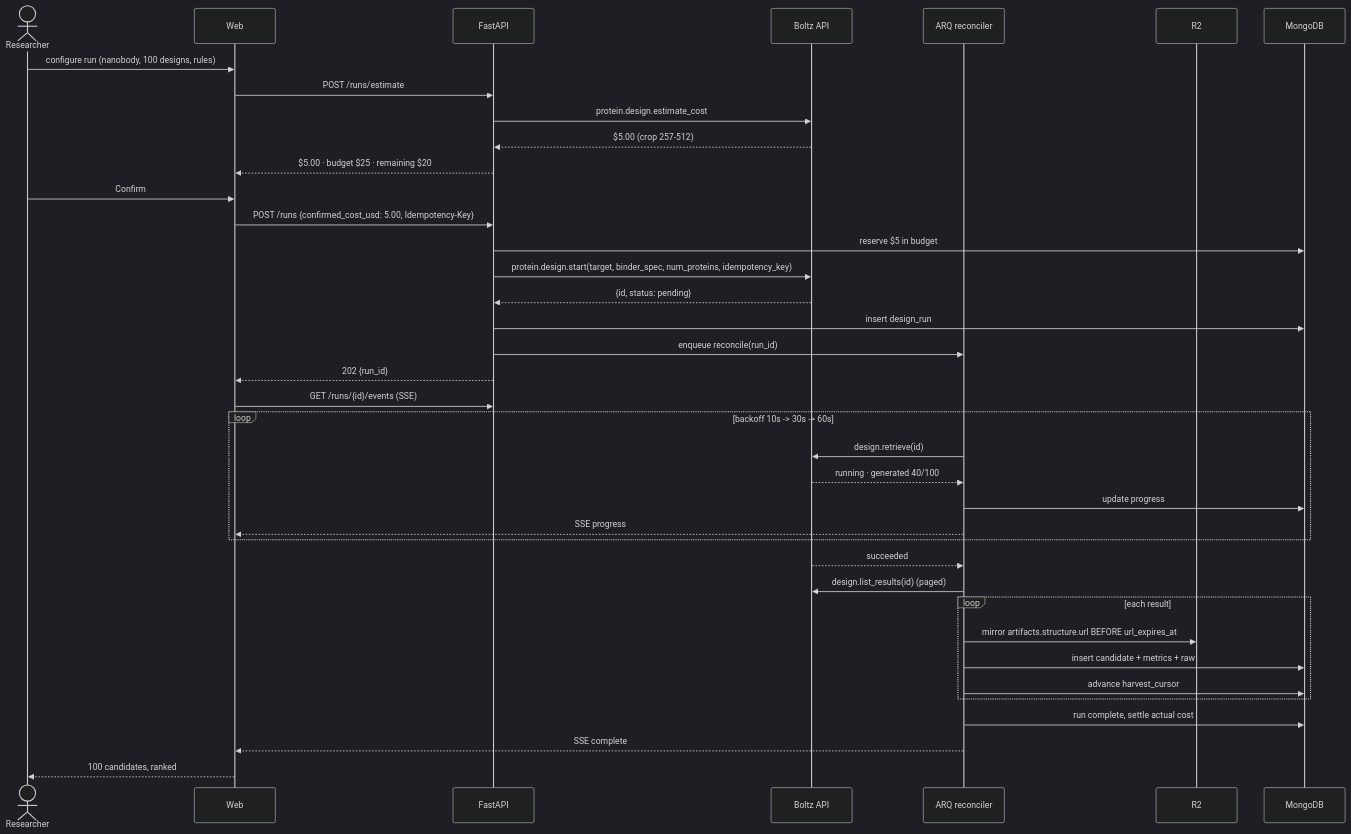
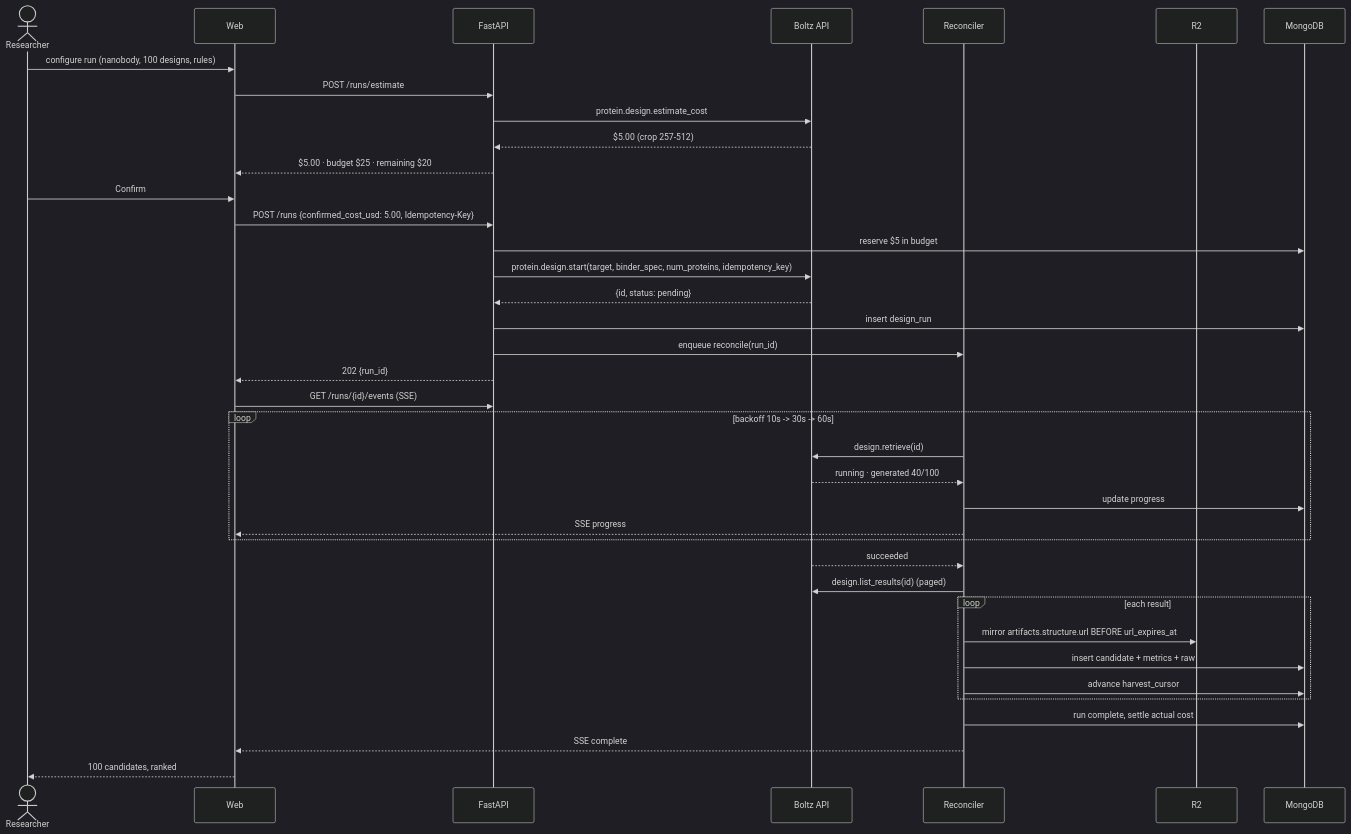
One commit to Abdullah-webd/biostruct changed the sixth of 7 diagrams in ARCHITECTURE.md. Above: the diagram before and after it, drawn with Mermaid (dark theme). The commit also changed other lines of this file and 2 other files, not shown here.

````diff
--- a/ARCHITECTURE.md
+++ b/ARCHITECTURE.md
@@ -658,43 +672,43 @@
 ```mermaid
 sequenceDiagram
     actor R as Researcher
     participant W as Web
     participant API as FastAPI
     participant B as Boltz API
-    participant Q as ARQ reconciler
+    participant Q as Reconciler
     participant S3 as R2
     participant DB as MongoDB
 
     R->>W: configure run (nanobody, 100 designs, rules)
     W->>API: POST /runs/estimate
     API->>B: protein.design.estimate_cost
     B-->>API: $5.00 (crop 257-512)
     API-->>W: $5.00 · budget $25 · remaining $20
     R->>W: Confirm
     W->>API: POST /runs {confirmed_cost_usd: 5.00, Idempotency-Key}
     API->>DB: reserve $5 in budget
     API->>B: protein.design.start(target, binder_spec, num_proteins, idempotency_key)
     B-->>API: {id, status: pending}
     API->>DB: insert design_run
     API->>Q: enqueue reconcile(run_id)
     API-->>W: 202 {run_id}
     W->>API: GET /runs/{id}/events (SSE)
 
     loop backoff 10s -> 30s -> 60s
         Q->>B: design.retrieve(id)
         B-->>Q: running · generated 40/100
         Q->>DB: update progress
         Q-->>W: SSE progress
     end
 
     B-->>Q: succeeded
     Q->>B: design.list_results(id) (paged)
     loop each result
         Q->>S3: mirror artifacts.structure.url BEFORE url_expires_at
         Q->>DB: insert candidate + metrics + raw
         Q->>DB: advance harvest_cursor
     end
     Q->>DB: run complete, settle actual cost
     Q-->>W: SSE complete
     W-->>R: 100 candidates, ranked
 ```
````
